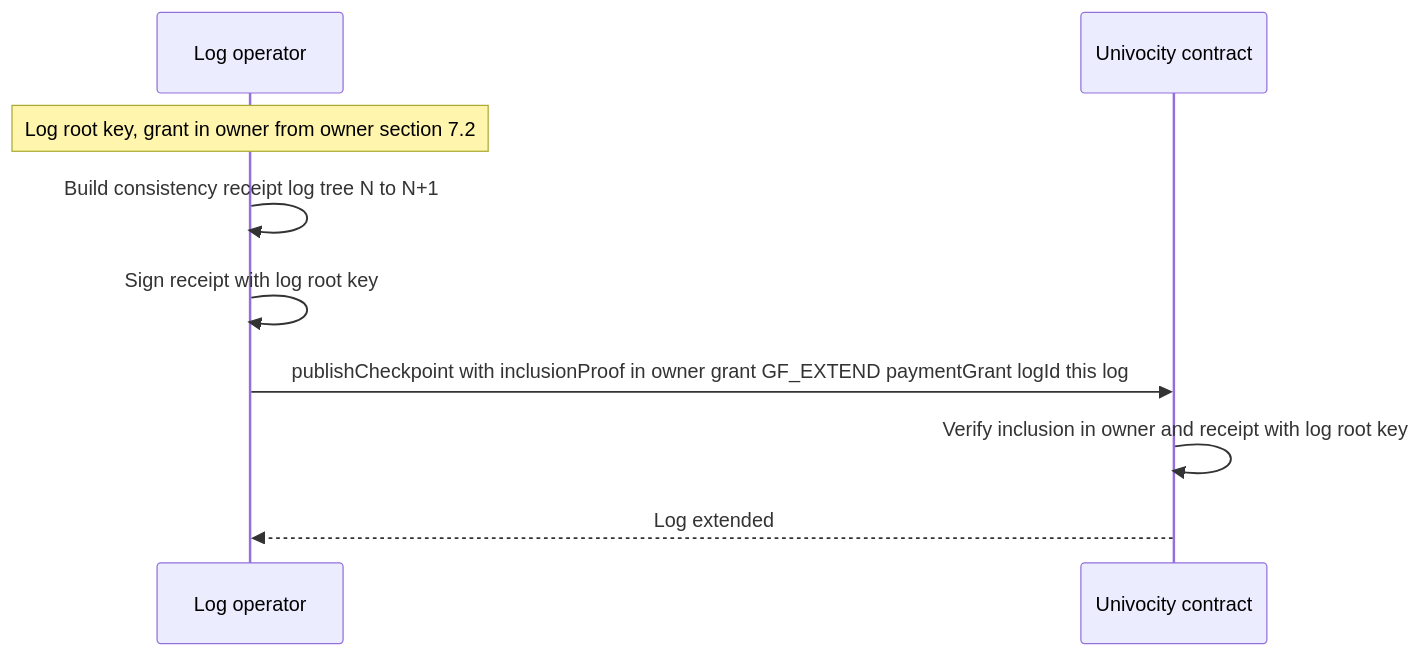
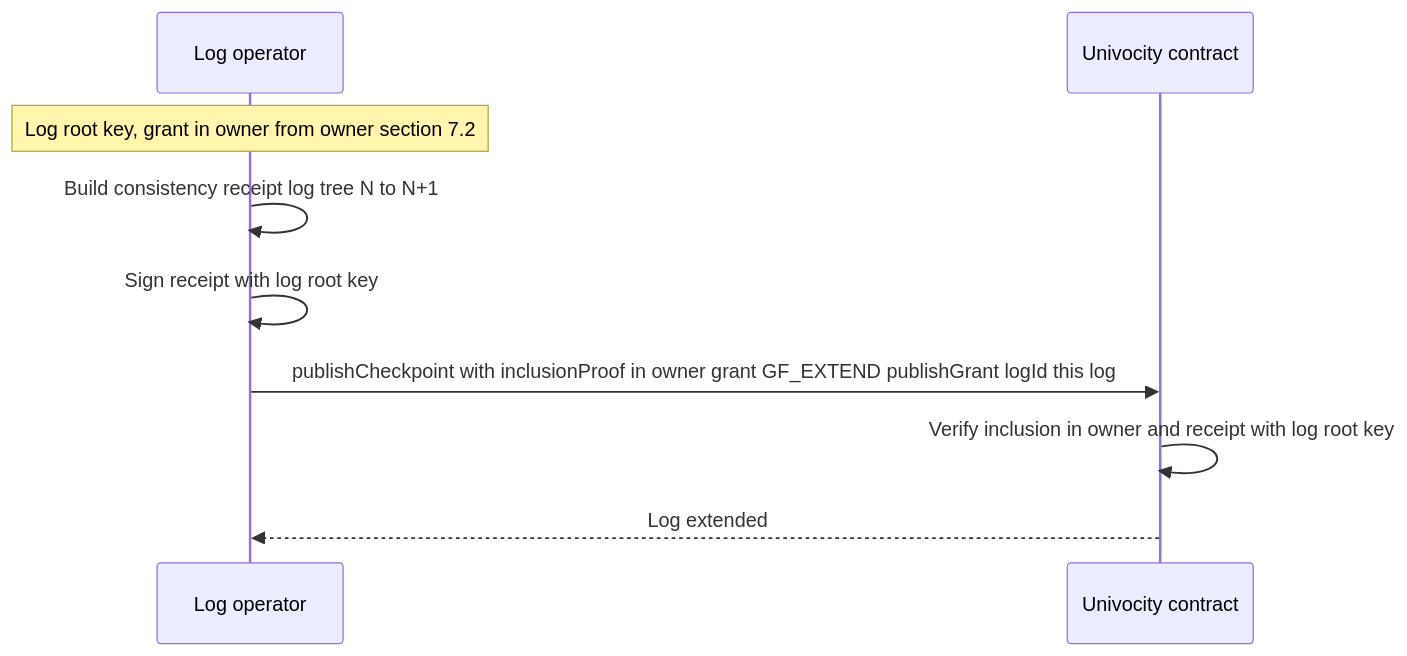
Before and after one commit to forestrie/univocity: the tenth of 10 diagrams in docs/arc/arc-0017-auth-overview.md, drawn with Mermaid. The commit also changed other lines of this file and 35 other files, not shown here.

First line of the commit message:
refactor(univocity): interfaces move, event shape, PublishGrant without payer (#7)

````diff
--- a/docs/arc/arc-0017-auth-overview.md
+++ b/docs/arc/arc-0017-auth-overview.md
@@ -363,12 +363,12 @@
 ```mermaid
 sequenceDiagram
     participant Op as Log operator
     participant C as Univocity contract
 
     Note over Op: Log root key, grant in owner from owner section 7.2
     Op->>Op: Build consistency receipt log tree N to N+1
     Op->>Op: Sign receipt with log root key
-    Op->>C: publishCheckpoint with inclusionProof in owner grant GF_EXTEND paymentGrant logId this log
+    Op->>C: publishCheckpoint with inclusionProof in owner grant GF_EXTEND publishGrant logId this log
     C->>C: Verify inclusion in owner and receipt with log root key
     C-->>Op: Log extended
 ```
````
